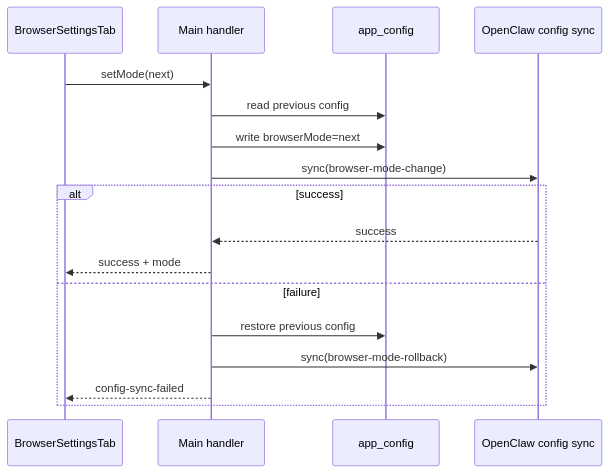
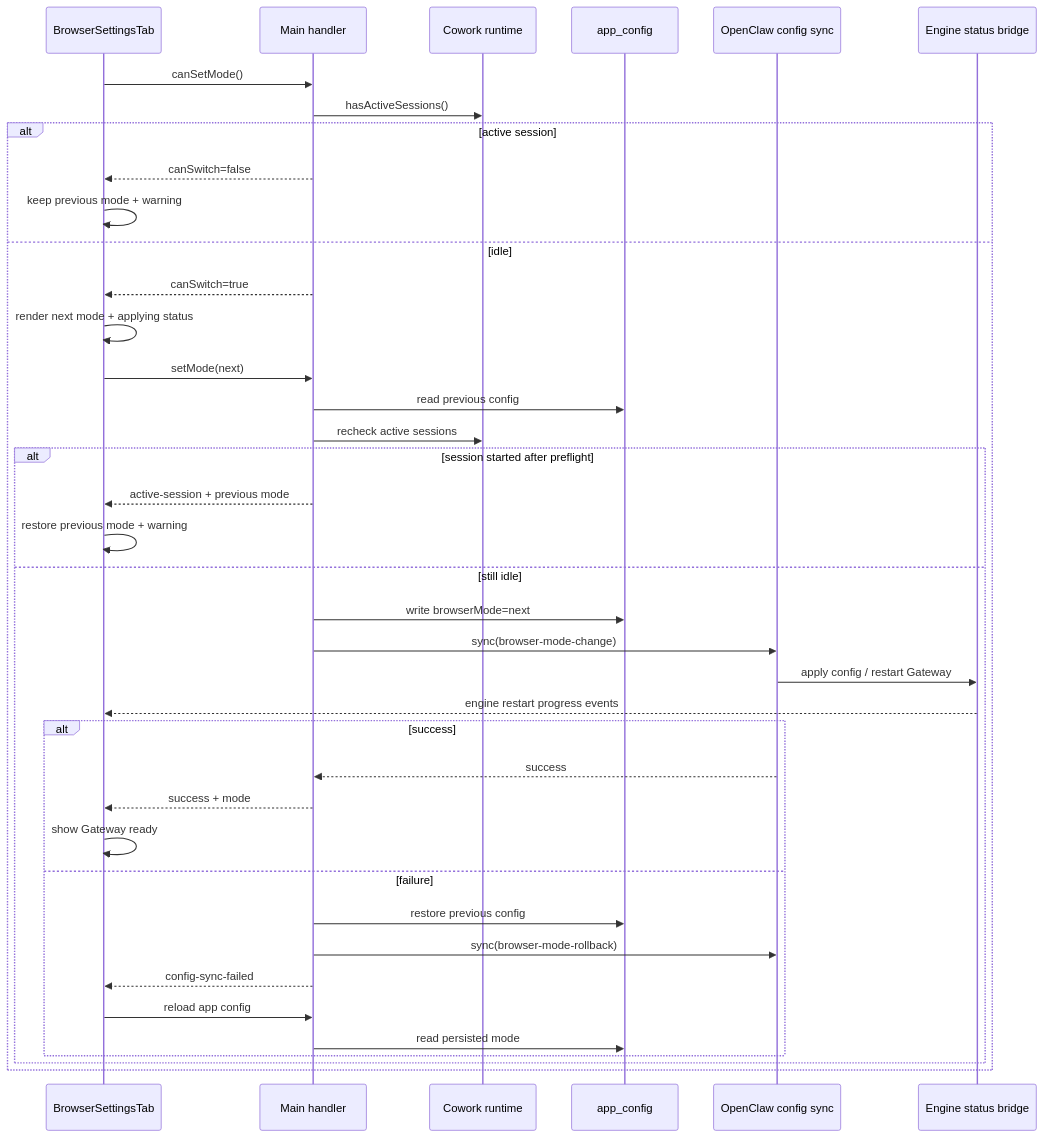
Before and after one commit to liangxhao/JustDo: the first of 2 diagrams in docs/features/browser-settings-design.md, drawn with Mermaid. The commit also changed other lines of this file and 9 other files, not shown here.

Commit message:
fix(ui): prevent browser mode switch during active sessions and show restart progress

````diff
--- a/docs/features/browser-settings-design.md
+++ b/docs/features/browser-settings-design.md
@@ -166,20 +168,42 @@
 ```mermaid
 sequenceDiagram
   participant UI as BrowserSettingsTab
   participant IPC as Main handler
+  participant R as Cowork runtime
   participant A as app_config
   participant O as OpenClaw config sync
+  participant E as Engine status bridge
 
-  UI->>IPC: setMode(next)
-  IPC->>A: read previous config
-  IPC->>A: write browserMode=next
-  IPC->>O: sync(browser-mode-change)
-  alt success
-    O-->>IPC: success
-    IPC-->>UI: success + mode
-  else failure
-    IPC->>A: restore previous config
-    IPC->>O: sync(browser-mode-rollback)
-    IPC-->>UI: config-sync-failed
+  UI->>IPC: canSetMode()
+  IPC->>R: hasActiveSessions()
+  alt active session
+    IPC-->>UI: canSwitch=false
+    UI->>UI: keep previous mode + warning
+  else idle
+    IPC-->>UI: canSwitch=true
+    UI->>UI: render next mode + applying status
+    UI->>IPC: setMode(next)
+    IPC->>A: read previous config
+    IPC->>R: recheck active sessions
+    alt session started after preflight
+      IPC-->>UI: active-session + previous mode
+      UI->>UI: restore previous mode + warning
+    else still idle
+      IPC->>A: write browserMode=next
+      IPC->>O: sync(browser-mode-change)
+      O->>E: apply config / restart Gateway
+      E-->>UI: engine restart progress events
+      alt success
+        O-->>IPC: success
+        IPC-->>UI: success + mode
+        UI->>UI: show Gateway ready
+      else failure
+        IPC->>A: restore previous config
+        IPC->>O: sync(browser-mode-rollback)
+        IPC-->>UI: config-sync-failed
+        UI->>IPC: reload app config
+        IPC->>A: read persisted mode
+      end
+    end
   end
 ```
````
